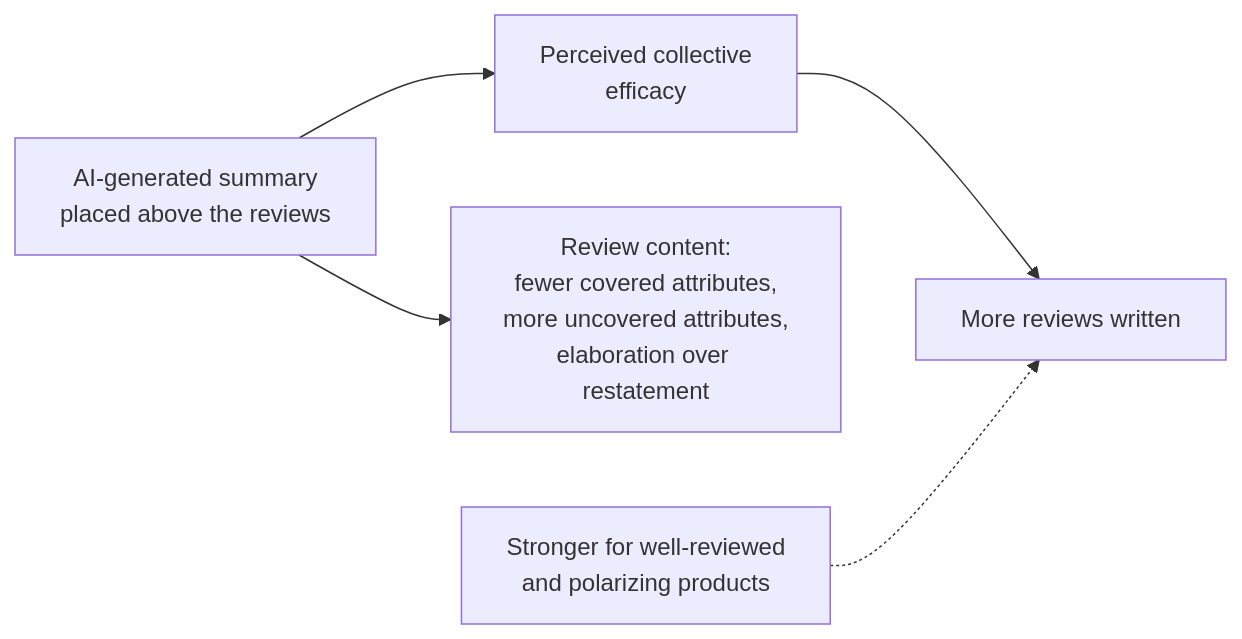
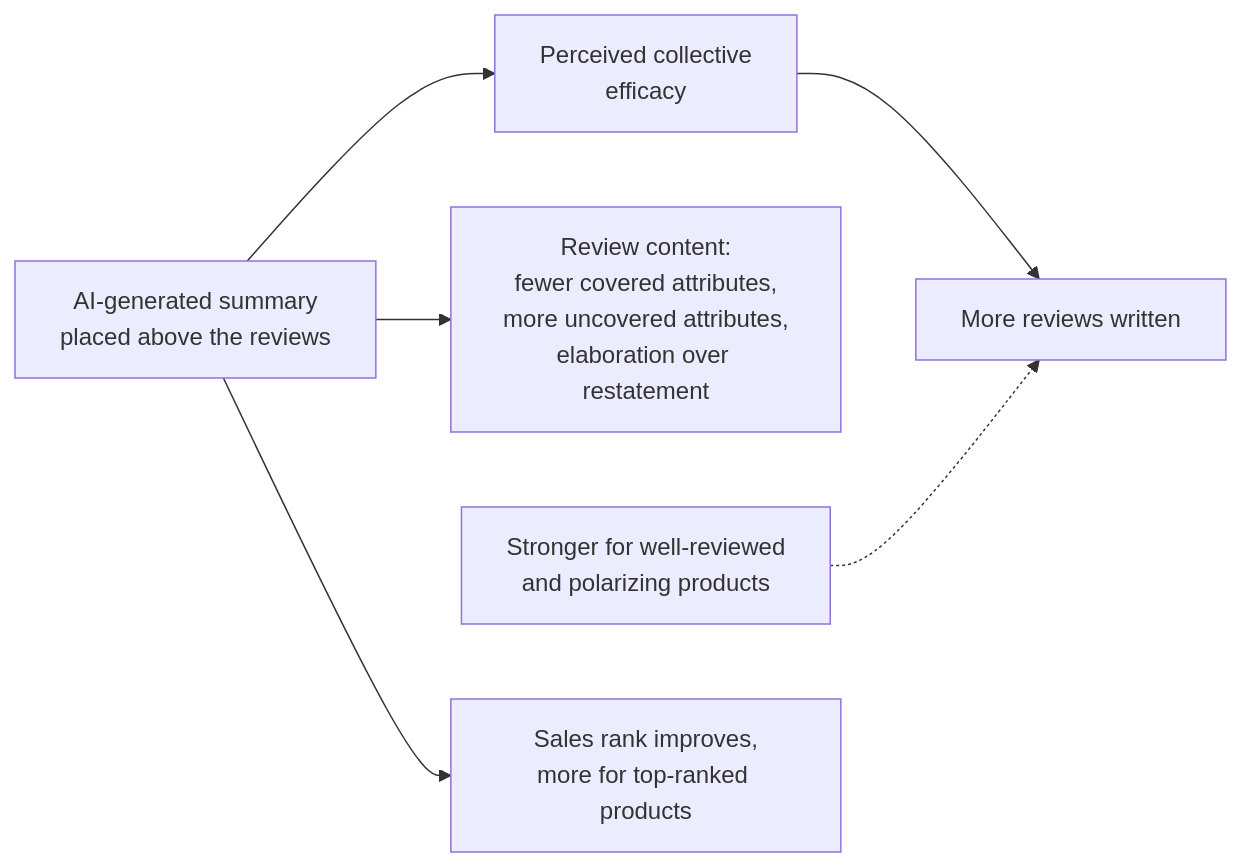
Before and after one commit to mikenguyen13/marketing_research: the fourth of 6 diagrams in 09-online-environments.qmd, drawn with Mermaid. The commit also changed other lines of this file and 78 other files, not shown here.

````diff
--- a/09-online-environments.qmd
+++ b/09-online-environments.qmd
@@ -607,9 +635,10 @@
 ```{mermaid}
 %%| label: fig-online-ai-summaries
-%%| fig-cap: "How an AI-generated review summary changes review supply, as reported in the abstract of Wang et al. (2026). The summary raises perceived collective efficacy, which mediates the effect on the likelihood of reviewing in a lab experiment. The field effect is stronger for well-reviewed and polarizing products, and the reviews that follow complement the summary rather than repeat it."
+%%| fig-cap: "How an AI-generated review summary changes review supply, as reported by Wang et al. (2026) and their online appendix. The summary raises perceived collective efficacy, which mediates the effect on the likelihood of reviewing in a lab experiment. The field effect is stronger for well-reviewed and polarizing products. Reviews that reinforce the summary and reviews that add to it both increase, with attribute coverage tilting toward what the summary omits. Sales gains concentrate in already top-ranked products."
 flowchart LR
   S["AI-generated summary<br/>placed above the reviews"] --> E["Perceived collective<br/>efficacy"]
   E --> V["More reviews written"]
   S --> C["Review content:<br/>fewer covered attributes,<br/>more uncovered attributes,<br/>elaboration over restatement"]
   M["Stronger for well-reviewed<br/>and polarizing products"] -.-> V
+  S --> R["Sales rank improves,<br/>more for top-ranked products"]
 ```
````
